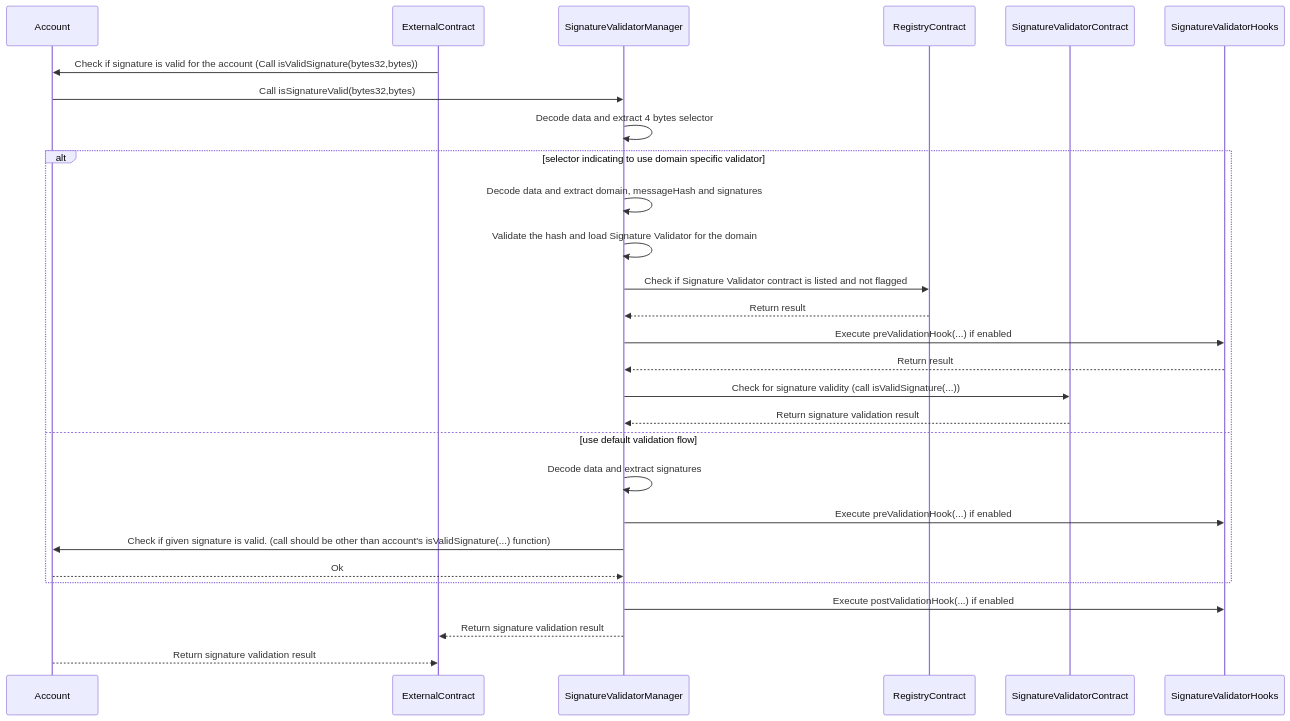
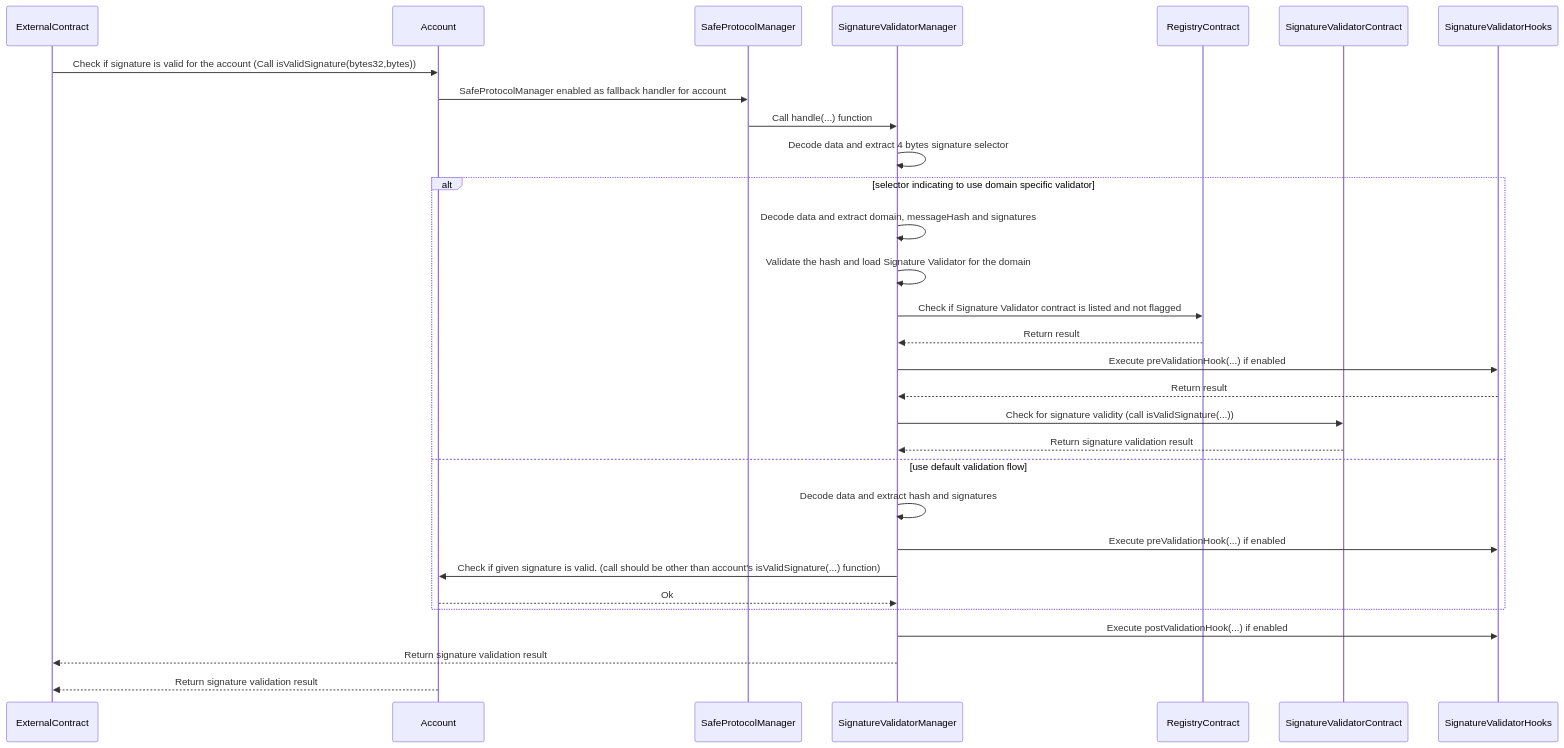
Before and after one commit to 5afe/safe-core-protocol-specs: the second of 3 diagrams in modules/README.md, drawn with Mermaid. The commit also changed other lines of this file, not shown here.

Commit message:
[#43] Update sequence diagram, fix typos

````diff
--- a/modules/README.md
+++ b/modules/README.md
@@ -149,33 +153,35 @@
 ```mermaid
 sequenceDiagram
+	participant ExternalContract
 	participant Account
-	participant ExternalContract
+    participant SafeProtocolManager
 	participant SignatureValidatorManager
 	participant RegistryContract
 	participant SignatureValidatorContract
     participant SignatureValidatorHooks
 
 	ExternalContract->>Account: Check if signature is valid for the account (Call isValidSignature(bytes32,bytes))
-    Account->>SignatureValidatorManager: Call isSignatureValid(bytes32,bytes)
-    SignatureValidatorManager->>SignatureValidatorManager: Decode data and extract 4 bytes selector
+    Account->>SafeProtocolManager: SafeProtocolManager enabled as fallback handler for account
+    SafeProtocolManager->>SignatureValidatorManager: Call handle(...) function
+    SignatureValidatorManager->>SignatureValidatorManager: Decode data and extract 4 bytes signature selector
     alt selector indicating to use domain specific validator
         SignatureValidatorManager->>SignatureValidatorManager: Decode data and extract domain, messageHash and signatures
         SignatureValidatorManager->>SignatureValidatorManager: Validate the hash and load Signature Validator for the domain
         SignatureValidatorManager->>RegistryContract: Check if Signature Validator contract is listed and not flagged
         RegistryContract-->>SignatureValidatorManager: Return result
         SignatureValidatorManager->>SignatureValidatorHooks: Execute preValidationHook(...) if enabled
         SignatureValidatorHooks-->>SignatureValidatorManager: Return result
 
         SignatureValidatorManager->>SignatureValidatorContract: Check for signature validity (call isValidSignature(...))
         SignatureValidatorContract-->>SignatureValidatorManager: Return signature validation result
 
     else use default validation flow
-        SignatureValidatorManager->>SignatureValidatorManager: Decode data and extract signatures
+        SignatureValidatorManager->>SignatureValidatorManager: Decode data and extract hash and signatures
         SignatureValidatorManager->>SignatureValidatorHooks: Execute preValidationHook(...) if enabled
         SignatureValidatorManager->>Account: Check if given signature is valid. (call should be other than account's isValidSignature(...) function)
         Account-->>SignatureValidatorManager: Ok
     end
     SignatureValidatorManager->>SignatureValidatorHooks: Execute postValidationHook(...) if enabled
 	SignatureValidatorManager-->>ExternalContract: Return signature validation result
     Account-->>ExternalContract: Return signature validation result
 ```
````
